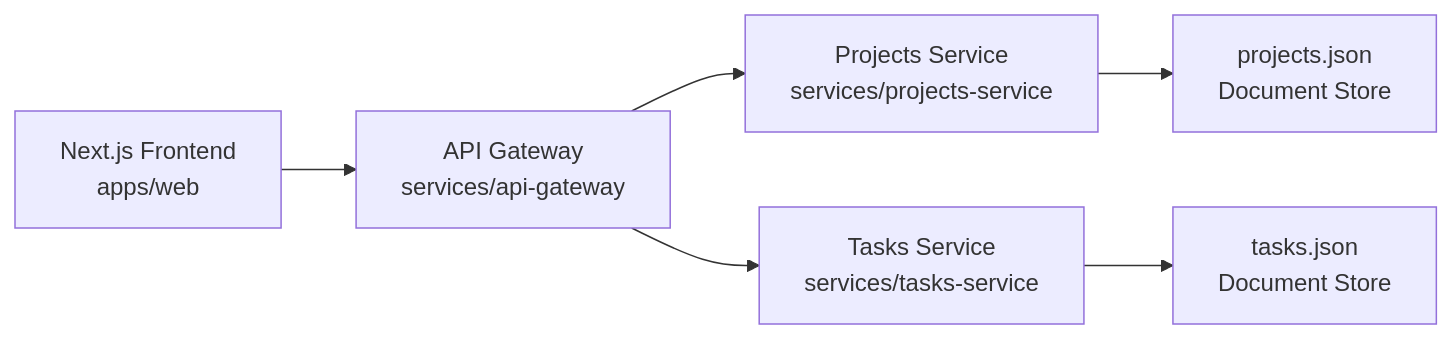
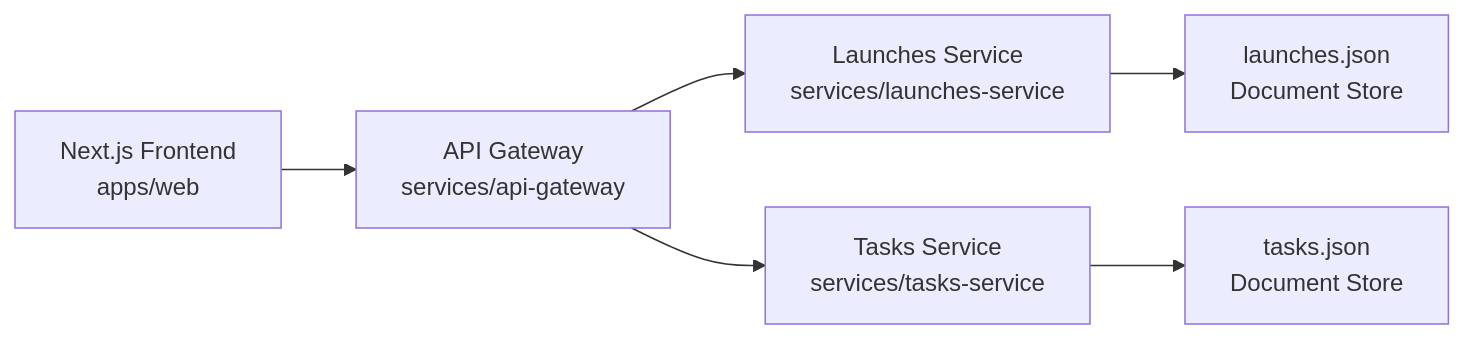
One commit to mcoen/zample changed the diagram in README.md. Above: the diagram before and after it, drawn with Mermaid. The commit also changed other lines of this file and 15 other files, not shown here.

````diff
--- a/README.md
+++ b/README.md
@@ -15,8 +15,8 @@
 ```mermaid
 flowchart LR
   A["Next.js Frontend\napps/web"] --> B["API Gateway\nservices/api-gateway"]
-  B --> C["Projects Service\nservices/projects-service"]
+  B --> C["Launches Service\nservices/launches-service"]
   B --> D["Tasks Service\nservices/tasks-service"]
-  C --> E["projects.json\nDocument Store"]
+  C --> E["launches.json\nDocument Store"]
   D --> F["tasks.json\nDocument Store"]
 ```
````
